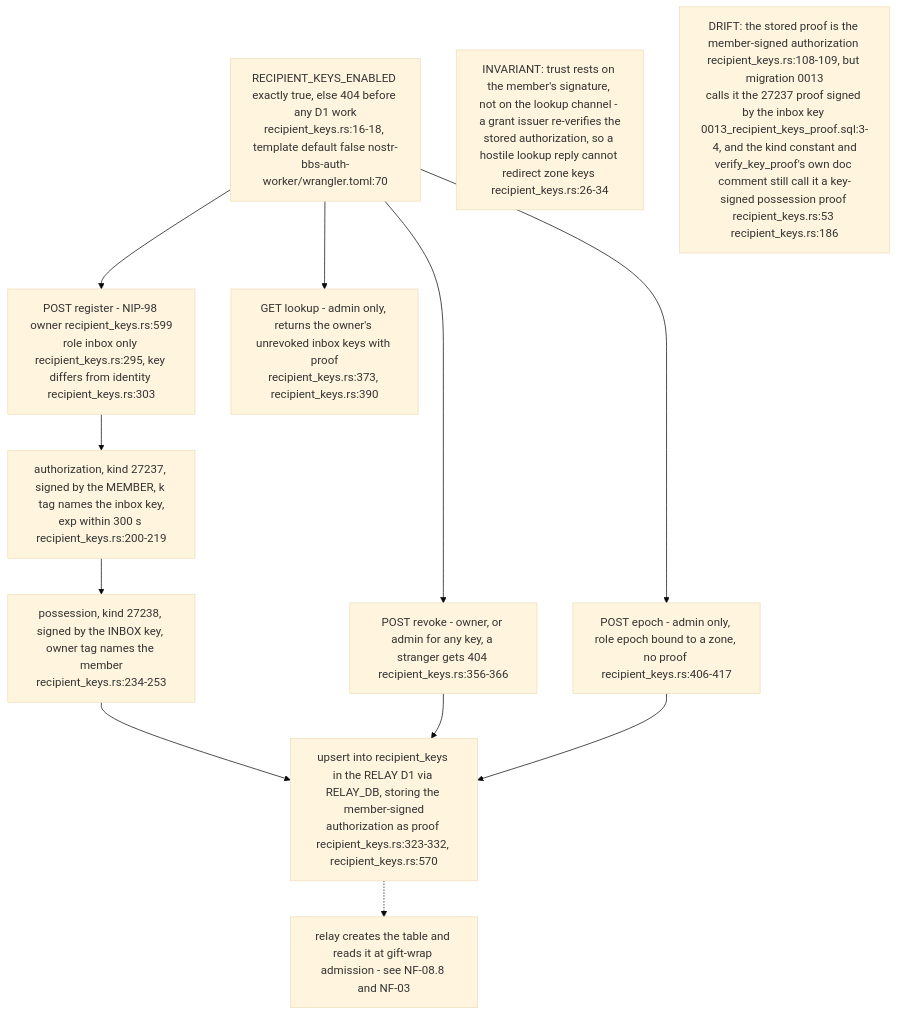
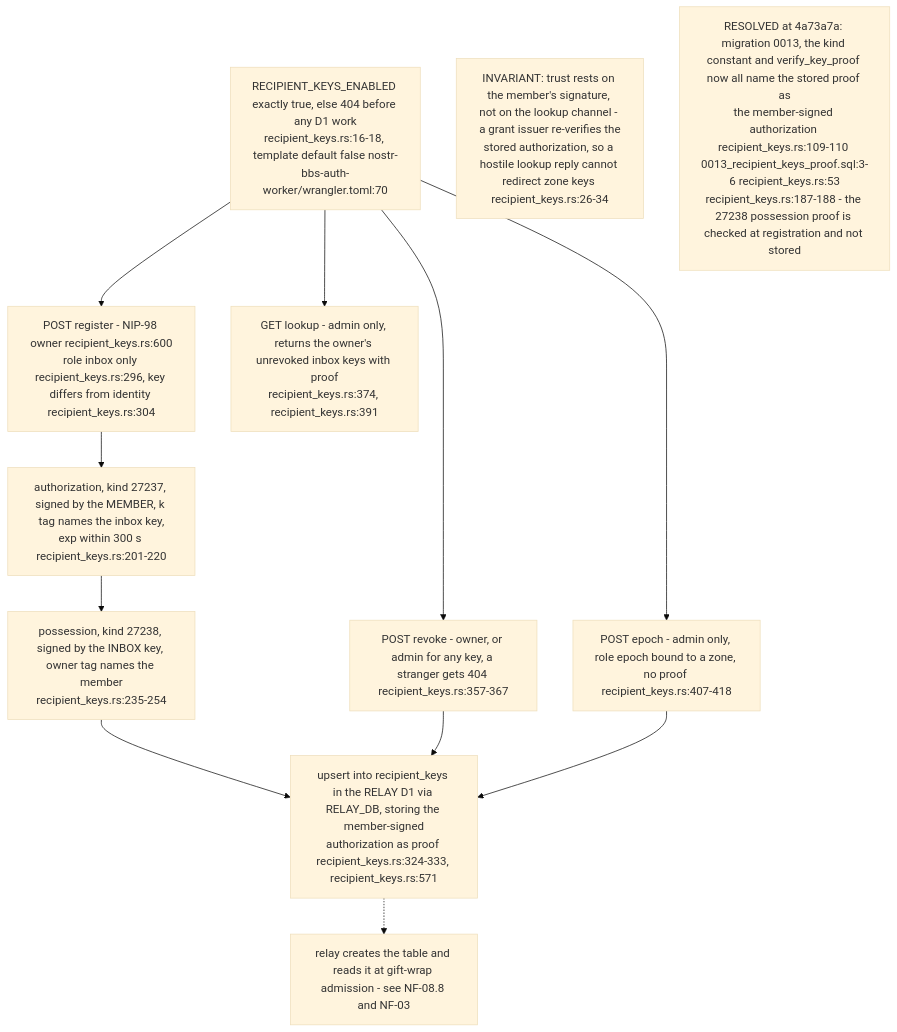
Before and after one commit to DreamLab-AI/VisionFlow: the tenth of 10 diagrams in docs/diagrams/nostr-rust-forum/02-auth-worker-passkey-nip98-and-membership.md, drawn with Mermaid (base theme). The commit also changed other lines of this file and 11 other files, not shown here.

````diff
--- a/docs/diagrams/nostr-rust-forum/02-auth-worker-passkey-nip98-and-membership.md
+++ b/docs/diagrams/nostr-rust-forum/02-auth-worker-passkey-nip98-and-membership.md
@@ -326,21 +326,21 @@
 ```mermaid
 flowchart TB
     GATE["RECIPIENT_KEYS_ENABLED exactly true, else 404 before any D1 work<br/>recipient_keys.rs:16-18, template default false nostr-bbs-auth-worker/wrangler.toml:70"]
-    REG["POST register - NIP-98 owner recipient_keys.rs:599<br/>role inbox only recipient_keys.rs:295, key differs from identity recipient_keys.rs:303"]
-    AUTHZ["authorization, kind 27237, signed by the MEMBER, k tag names the inbox key,<br/>exp within 300 s recipient_keys.rs:200-219"]
-    POSS["possession, kind 27238, signed by the INBOX key, owner tag names the member<br/>recipient_keys.rs:234-253"]
-    ROW["upsert into recipient_keys in the RELAY D1 via RELAY_DB, storing the member-signed<br/>authorization as proof recipient_keys.rs:323-332, recipient_keys.rs:570"]
-    REV["POST revoke - owner, or admin for any key, a stranger gets 404 recipient_keys.rs:356-366"]
-    LOOK["GET lookup - admin only, returns the owner's unrevoked inbox keys with proof<br/>recipient_keys.rs:373, recipient_keys.rs:390"]
-    EPOCH["POST epoch - admin only, role epoch bound to a zone, no proof recipient_keys.rs:406-417"]
+    REG["POST register - NIP-98 owner recipient_keys.rs:600<br/>role inbox only recipient_keys.rs:296, key differs from identity recipient_keys.rs:304"]
+    AUTHZ["authorization, kind 27237, signed by the MEMBER, k tag names the inbox key,<br/>exp within 300 s recipient_keys.rs:201-220"]
+    POSS["possession, kind 27238, signed by the INBOX key, owner tag names the member<br/>recipient_keys.rs:235-254"]
+    ROW["upsert into recipient_keys in the RELAY D1 via RELAY_DB, storing the member-signed<br/>authorization as proof recipient_keys.rs:324-333, recipient_keys.rs:571"]
+    REV["POST revoke - owner, or admin for any key, a stranger gets 404 recipient_keys.rs:357-367"]
+    LOOK["GET lookup - admin only, returns the owner's unrevoked inbox keys with proof<br/>recipient_keys.rs:374, recipient_keys.rs:391"]
+    EPOCH["POST epoch - admin only, role epoch bound to a zone, no proof recipient_keys.rs:407-418"]
     RELAY["relay creates the table and reads it at gift-wrap admission - see NF-08.8 and NF-03"]
 
     GATE --> REG --> AUTHZ --> POSS --> ROW
     GATE --> REV --> ROW
     GATE --> LOOK
     GATE --> EPOCH --> ROW
     ROW -.-> RELAY
 
     N1["INVARIANT: trust rests on the member's signature, not on the lookup channel - a grant issuer re-verifies the<br/>stored authorization, so a hostile lookup reply cannot redirect zone keys recipient_keys.rs:26-34"]
-    N2["DRIFT: the stored proof is the member-signed authorization recipient_keys.rs:108-109, but migration 0013<br/>calls it the 27237 proof signed by the inbox key 0013_recipient_keys_proof.sql:3-4, and the kind constant and<br/>verify_key_proof's own doc comment still call it a key-signed possession proof recipient_keys.rs:53 recipient_keys.rs:186"]
+    N2["RESOLVED at 4a73a7a: migration 0013, the kind constant and verify_key_proof now all name the stored proof as<br/>the member-signed authorization recipient_keys.rs:109-110 0013_recipient_keys_proof.sql:3-6 recipient_keys.rs:53<br/>recipient_keys.rs:187-188 - the 27238 possession proof is checked at registration and not stored"]
 ```
````
